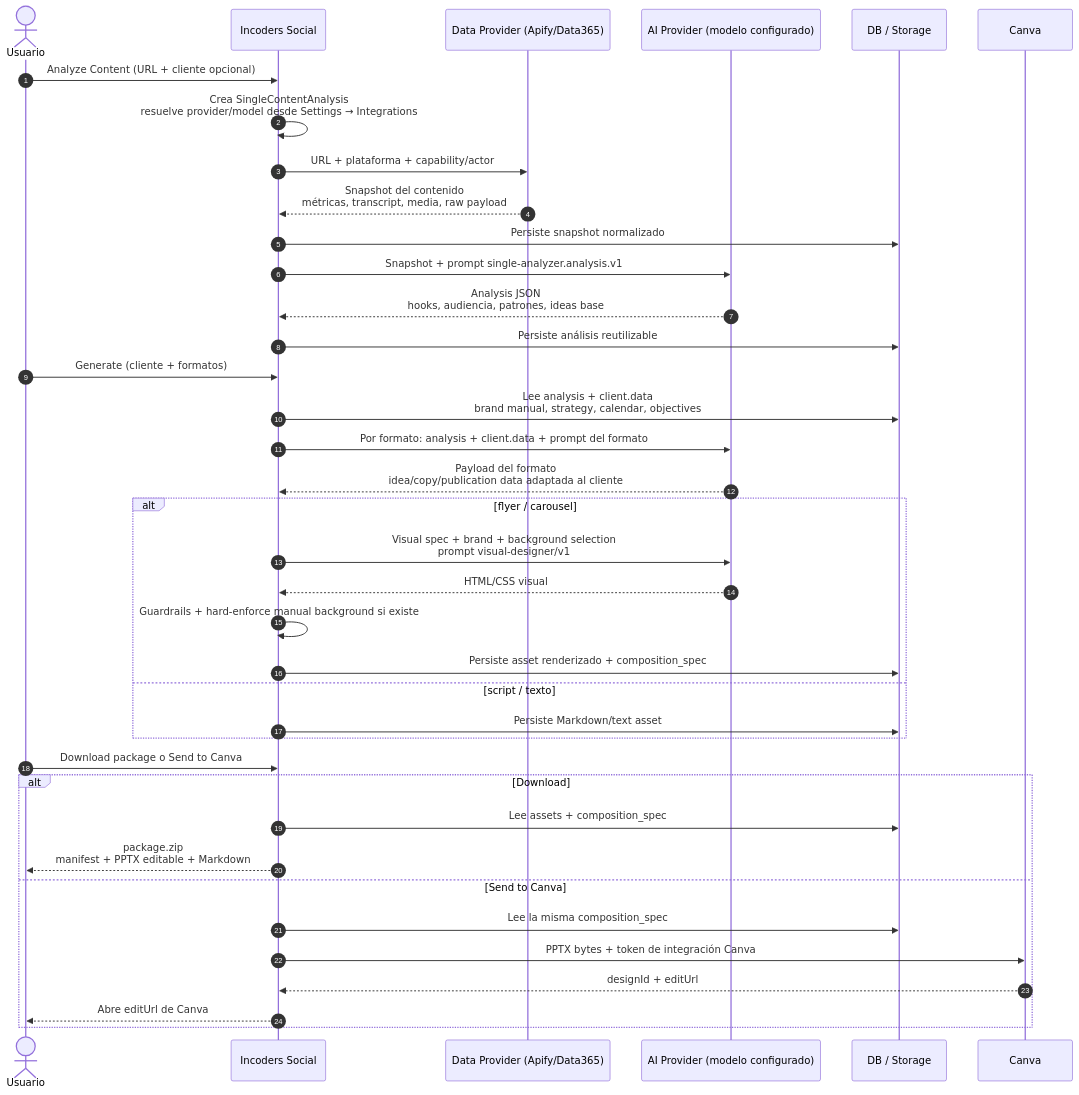
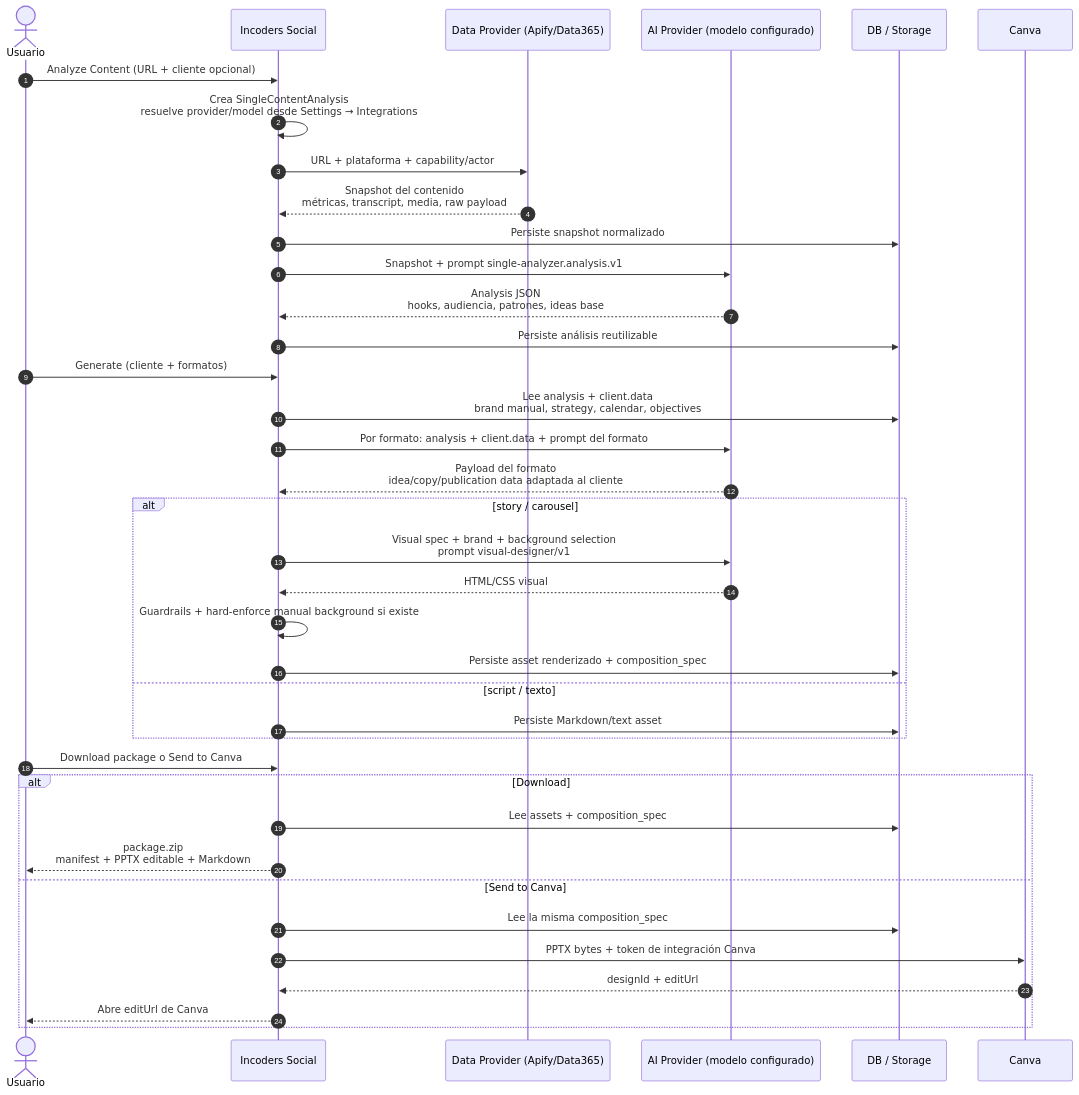
The diagram in docs/architecture/diagrams/single-analyzer-flow.md (montesgp/social-studio), drawn with Mermaid before and after one commit. The commit also changed other lines of this file and 69 other files, not shown here.

First line of the commit message:
refactor: remove the legacy 'flyer' format from the system (mutated to story)

````diff
--- a/docs/architecture/diagrams/single-analyzer-flow.md
+++ b/docs/architecture/diagrams/single-analyzer-flow.md
@@ -8,44 +8,44 @@
 ```mermaid
 sequenceDiagram
     autonumber
     actor User as Usuario
     participant Hive as Incoders Social
     participant Data as Data Provider (Apify/Data365)
     participant AI as AI Provider (modelo configurado)
     participant Store as DB / Storage
     participant Canva as Canva
 
     User->>Hive: Analyze Content (URL + cliente opcional)
     Hive->>Hive: Crea SingleContentAnalysis<br/>resuelve provider/model desde Settings → Integrations
     Hive->>Data: URL + plataforma + capability/actor
     Data-->>Hive: Snapshot del contenido<br/>métricas, transcript, media, raw payload
     Hive->>Store: Persiste snapshot normalizado
     Hive->>AI: Snapshot + prompt single-analyzer.analysis.v1
     AI-->>Hive: Analysis JSON<br/>hooks, audiencia, patrones, ideas base
     Hive->>Store: Persiste análisis reutilizable
 
     User->>Hive: Generate (cliente + formatos)
     Hive->>Store: Lee analysis + client.data<br/>brand manual, strategy, calendar, objectives
     Hive->>AI: Por formato: analysis + client.data + prompt del formato
     AI-->>Hive: Payload del formato<br/>idea/copy/publication data adaptada al cliente
 
-    alt flyer / carousel
+    alt story / carousel
         Hive->>AI: Visual spec + brand + background selection<br/>prompt visual-designer/v1
         AI-->>Hive: HTML/CSS visual
         Hive->>Hive: Guardrails + hard-enforce manual background si existe
         Hive->>Store: Persiste asset renderizado + composition_spec
     else script / texto
         Hive->>Store: Persiste Markdown/text asset
     end
 
     User->>Hive: Download package o Send to Canva
     alt Download
         Hive->>Store: Lee assets + composition_spec
         Hive-->>User: package.zip<br/>manifest + PPTX editable + Markdown
     else Send to Canva
         Hive->>Store: Lee la misma composition_spec
         Hive->>Canva: PPTX bytes + token de integración Canva
         Canva-->>Hive: designId + editUrl
         Hive-->>User: Abre editUrl de Canva
     end
 ```
````
